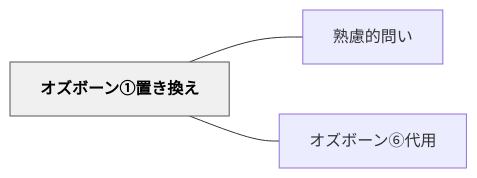
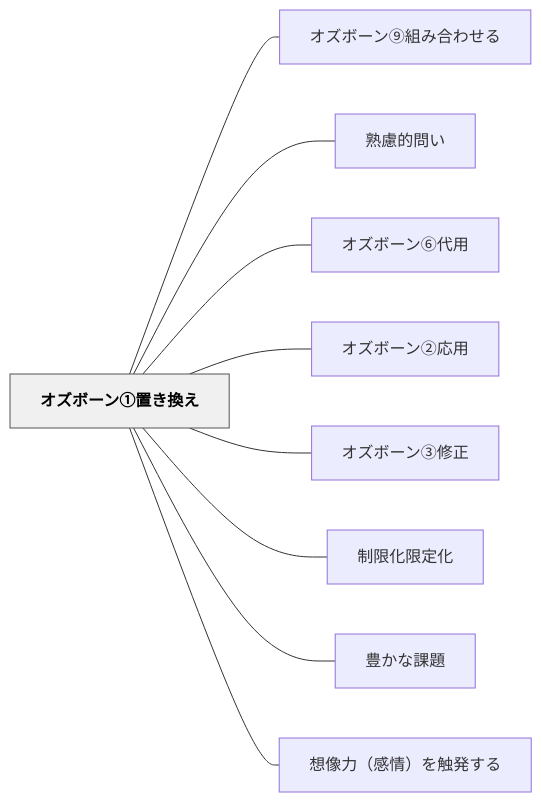
The diagram in content/パタン/オズボーン①置き換え.md (unknownthings-ed-patterns/unknownthings-ed-patterns), drawn with Mermaid before and after one commit. The commit also changed other lines of this file and 44 other files, not shown here.

````diff
--- a/content/パタン/オズボーン①置き換え.md
+++ b/content/パタン/オズボーン①置き換え.md
@@ -45,12 +52,24 @@
 ```mermaid
 flowchart LR
     ne382aae382bae3839ce383bce383b3e291a0e7bdaee3818de68f9be38188["オズボーン①置き換え"]
+    ne382aae382bae3839ce383bce383b3e291a8e7b584e381bfe59088e3828fe3819be3828b["オズボーン⑨組み合わせる"]
     ne7869fe685aee79a84e5958fe38184["熟慮的問い"]
     ne382aae382bae3839ce383bce383b3e291a5e4bba3e794a8["オズボーン⑥代用"]
+    ne382aae382bae3839ce383bce383b3e291a1e5bf9ce794a8["オズボーン②応用"]
+    ne382aae382bae3839ce383bce383b3e291a2e4bfaee6ada3["オズボーン③修正"]
+    ne588b6e99990e58c96e99990e5ae9ae58c96["制限化限定化"]
+    ne8b18ae3818be381aae8aab2e9a18c["豊かな課題"]
+    ne683b3e5838fe58a9befbc88e6849fe68385efbc89e38292e8a7a6e799bae38199e3828b["想像力（感情）を触発する"]
 
+    ne382aae382bae3839ce383bce383b3e291a0e7bdaee3818de68f9be38188 --- ne382aae382bae3839ce383bce383b3e291a8e7b584e381bfe59088e3828fe3819be3828b
     ne382aae382bae3839ce383bce383b3e291a0e7bdaee3818de68f9be38188 --- ne7869fe685aee79a84e5958fe38184
     ne382aae382bae3839ce383bce383b3e291a0e7bdaee3818de68f9be38188 --- ne382aae382bae3839ce383bce383b3e291a5e4bba3e794a8
+    ne382aae382bae3839ce383bce383b3e291a0e7bdaee3818de68f9be38188 --- ne382aae382bae3839ce383bce383b3e291a1e5bf9ce794a8
+    ne382aae382bae3839ce383bce383b3e291a0e7bdaee3818de68f9be38188 --- ne382aae382bae3839ce383bce383b3e291a2e4bfaee6ada3
+    ne382aae382bae3839ce383bce383b3e291a0e7bdaee3818de68f9be38188 --- ne588b6e99990e58c96e99990e5ae9ae58c96
+    ne382aae382bae3839ce383bce383b3e291a0e7bdaee3818de68f9be38188 --- ne8b18ae3818be381aae8aab2e9a18c
+    ne382aae382bae3839ce383bce383b3e291a0e7bdaee3818de68f9be38188 --- ne683b3e5838fe58a9befbc88e6849fe68385efbc89e38292e8a7a6e799bae38199e3828b
 
     classDef hub fill:#f0f0f0,stroke:#555,color:#000,font-weight:bold
     class ne382aae382bae3839ce383bce383b3e291a0e7bdaee3818de68f9be38188 hub
 ```
````
